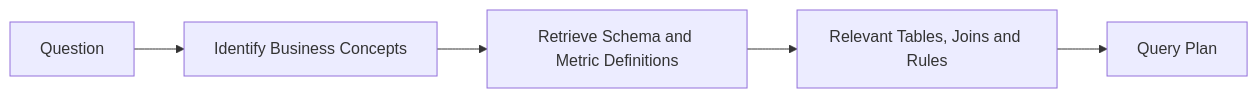
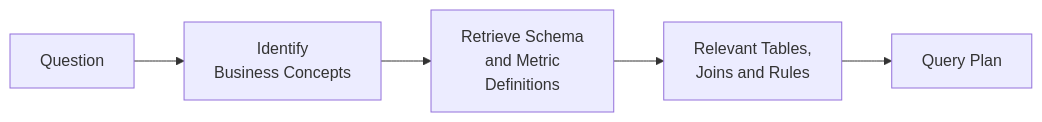
One commit to MihirKJha/enterprise-ai-blog changed the second of 4 diagrams in docs/architecture-insights/genai-and-rag/4.2_architecting_sql_rag_structured_enterprise_knowledge.md. Above: the diagram before and after it, drawn with Mermaid. The commit also changed other lines of this file and 2 other files, not shown here.

````diff
--- a/docs/architecture-insights/genai-and-rag/4.2_architecting_sql_rag_structured_enterprise_knowledge.md
+++ b/docs/architecture-insights/genai-and-rag/4.2_architecting_sql_rag_structured_enterprise_knowledge.md
@@ -102,7 +102,7 @@
 ```mermaid
 flowchart LR
-    A[Question] --> B[Identify Business Concepts]
-    B --> C[Retrieve Schema and Metric Definitions]
-    C --> D[Relevant Tables, Joins and Rules]
+    A[Question] --> B[Identify <br/>Business Concepts]
+    B --> C[Retrieve Schema<br/> and Metric<br/> Definitions]
+    C --> D[Relevant Tables, <br/>Joins and Rules]
     D --> E[Query Plan]
 ```
````
